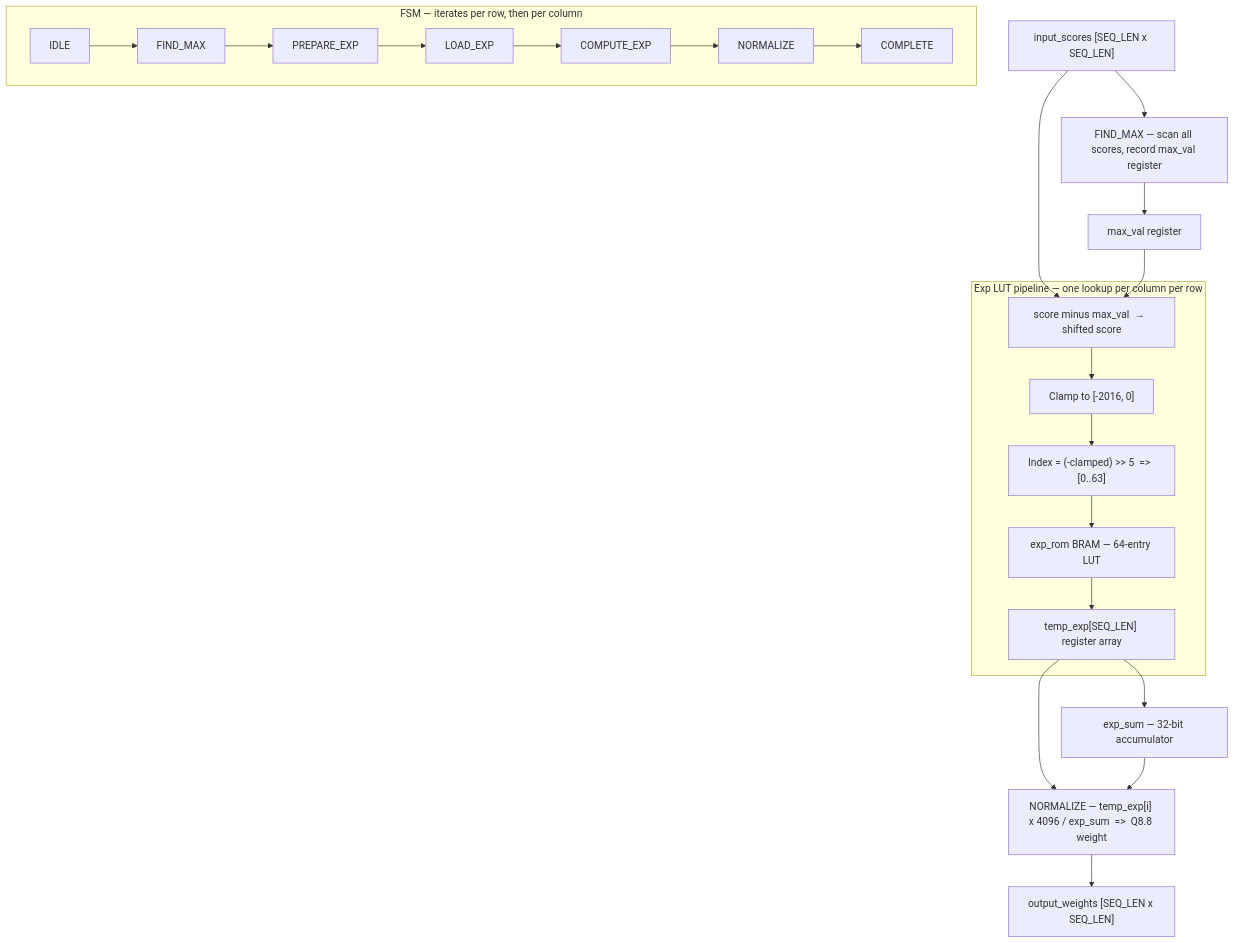
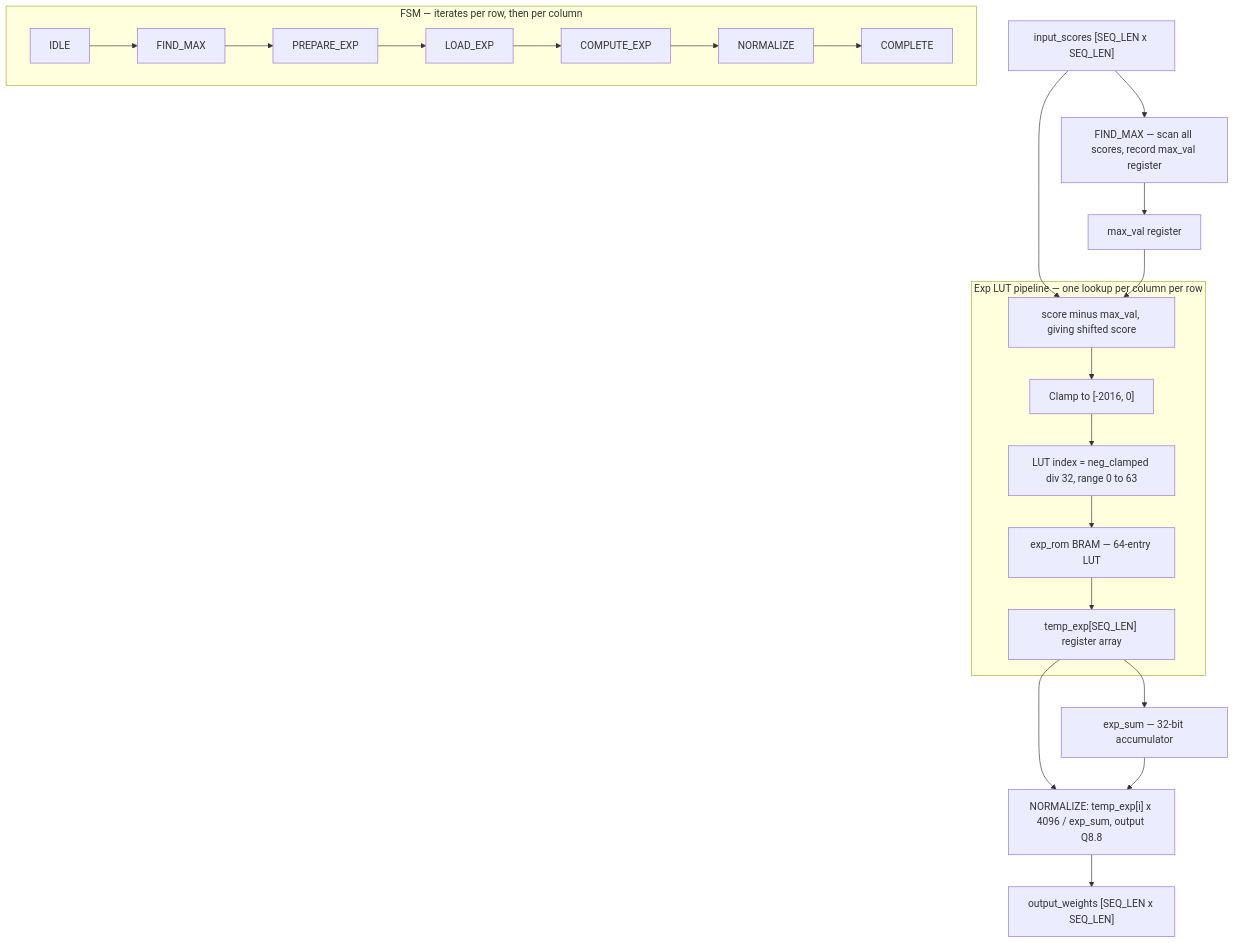
Before and after one commit to Fluxx7/FPGA-Transformer-Acceleration: the fourth of 7 diagrams in report/05b_hardware_validation.md, drawn with Mermaid. The commit also changed other lines of this file, not shown here.

Commit message:
Fix Mermaid diagram syntax errors in 05b_hardware_validation
Two issues were causing "No diagram type detected" in VS Code preview:
1. `direction LR/TB` inside subgraph blocks — not supported by the
   Mermaid version bundled with VS Code's markdown preview renderer
2. `>>` and `=>` characters inside node labels of the enhanced_softmax
   diagram — parsed as arrow tokens in some Mermaid renderers even
   inside double-quoted strings

Removed all `direction` keywords from subgraphs; rewrote the three
affected enhanced_softmax node labels to use plain ASCII descriptions.

````diff
--- a/report/05b_hardware_validation.md
+++ b/report/05b_hardware_validation.md
@@ -146,31 +143,30 @@
 ```mermaid
 graph TD
     IN["input_scores [SEQ_LEN x SEQ_LEN]"]
 
     FINDMAX["FIND_MAX — scan all scores, record max_val register"]
     MAXVAL["max_val register"]
 
     subgraph ExpPipe["Exp LUT pipeline — one lookup per column per row"]
-        SUB["score minus max_val  →  shifted score"]
+        SUB["score minus max_val, giving shifted score"]
         CLAMP2["Clamp to [-2016, 0]"]
-        IDX["Index = (-clamped) >> 5  =>  [0..63]"]
+        IDX["LUT index = neg_clamped div 32, range 0 to 63"]
         ROM["exp_rom BRAM — 64-entry LUT"]
         TEMP["temp_exp[SEQ_LEN] register array"]
     end
 
     EXPSUM["exp_sum — 32-bit accumulator"]
-    NORM["NORMALIZE — temp_exp[i] x 4096 / exp_sum  =>  Q8.8 weight"]
+    NORM["NORMALIZE: temp_exp[i] x 4096 / exp_sum, output Q8.8"]
     OUT["output_weights [SEQ_LEN x SEQ_LEN]"]
 
     subgraph FSM["FSM — iterates per row, then per column"]
-        direction LR
         f0[IDLE] --> f1[FIND_MAX] --> f2[PREPARE_EXP] --> f3[LOAD_EXP] --> f4[COMPUTE_EXP] --> f5[NORMALIZE] --> f6[COMPLETE]
     end
 
     IN --> FINDMAX --> MAXVAL
     IN --> SUB
     MAXVAL --> SUB
     SUB --> CLAMP2 --> IDX --> ROM --> TEMP
     TEMP --> EXPSUM
     TEMP & EXPSUM --> NORM --> OUT
 ```
````
